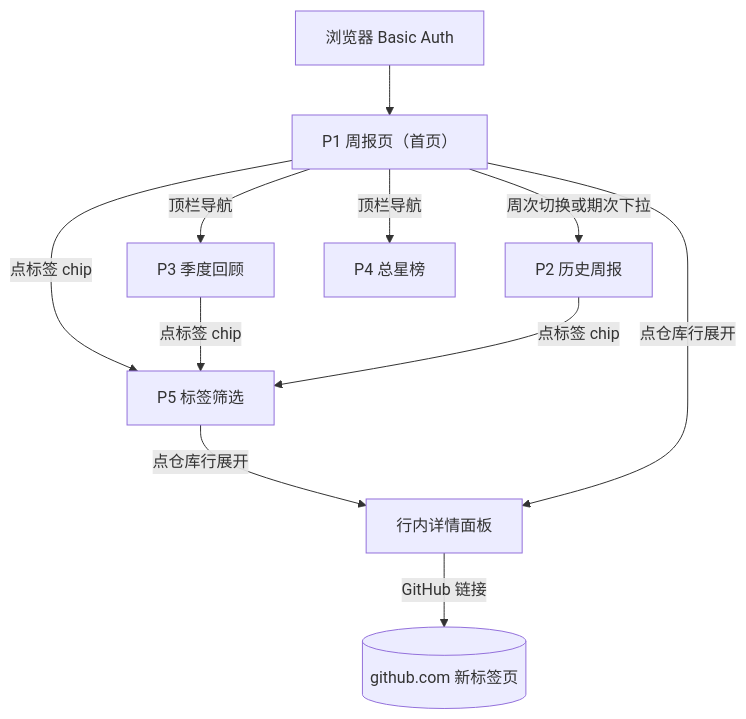
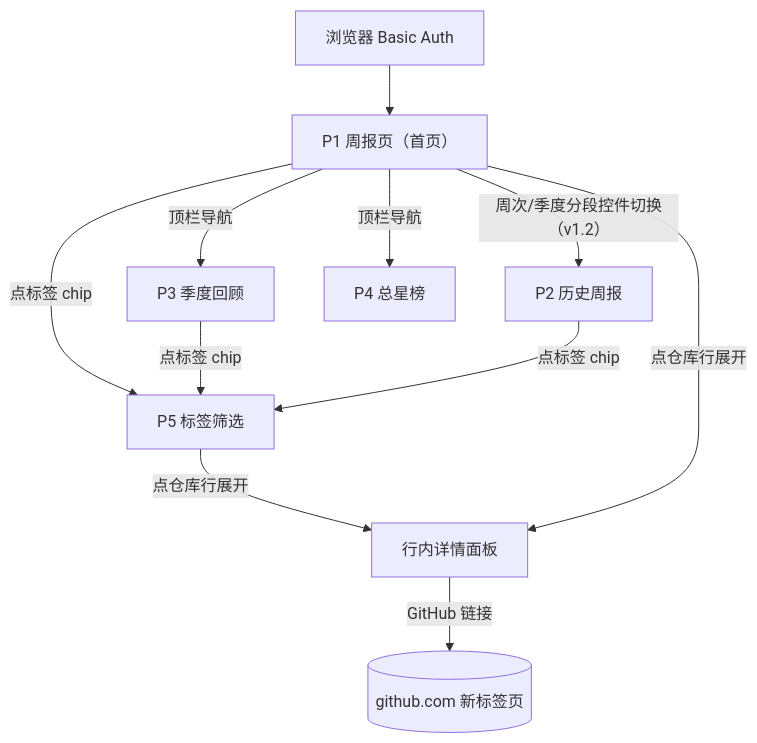
One commit to WENZIZZHENG/radar-github changed the first of 2 diagrams in docs/sop/交互流程说明.md. Above: the diagram before and after it, drawn with Mermaid. The commit also changed other lines of this file and 2 other files, not shown here.

````diff
--- a/docs/sop/交互流程说明.md
+++ b/docs/sop/交互流程说明.md
@@ -26,13 +26,13 @@
 ```mermaid
 flowchart TD
   AUTH["浏览器 Basic Auth"] --> HOME["P1 周报页（首页）"]
-  HOME -->|周次切换或期次下拉| W["P2 历史周报"]
+  HOME -->|周次/季度分段控件切换（v1.2）| W["P2 历史周报"]
   HOME -->|顶栏导航| Q["P3 季度回顾"]
   HOME -->|顶栏导航| T["P4 总星榜"]
   HOME -->|点标签 chip| TAG["P5 标签筛选"]
   Q -->|点标签 chip| TAG
   W -->|点标签 chip| TAG
   TAG -->|点仓库行展开| DETAIL["行内详情面板"]
   HOME -->|点仓库行展开| DETAIL
   DETAIL -->|GitHub 链接| GH[("github.com 新标签页")]
 ```
````
